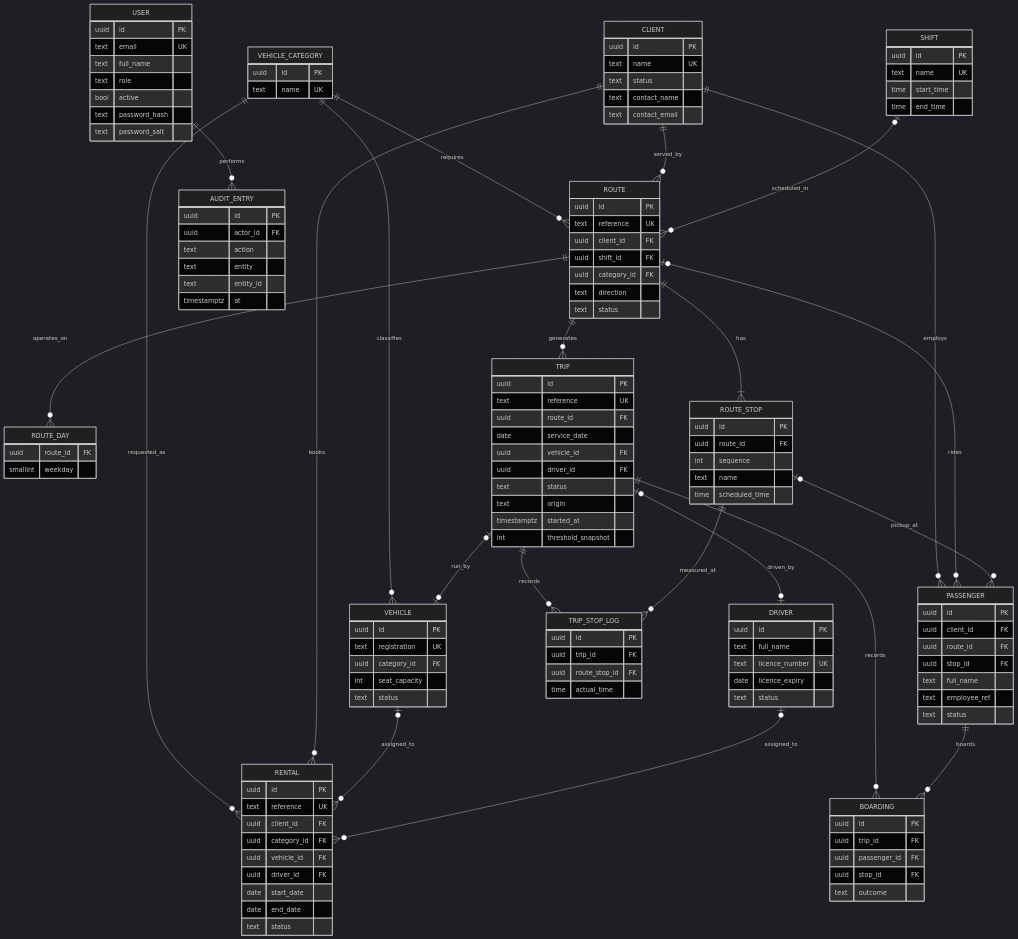
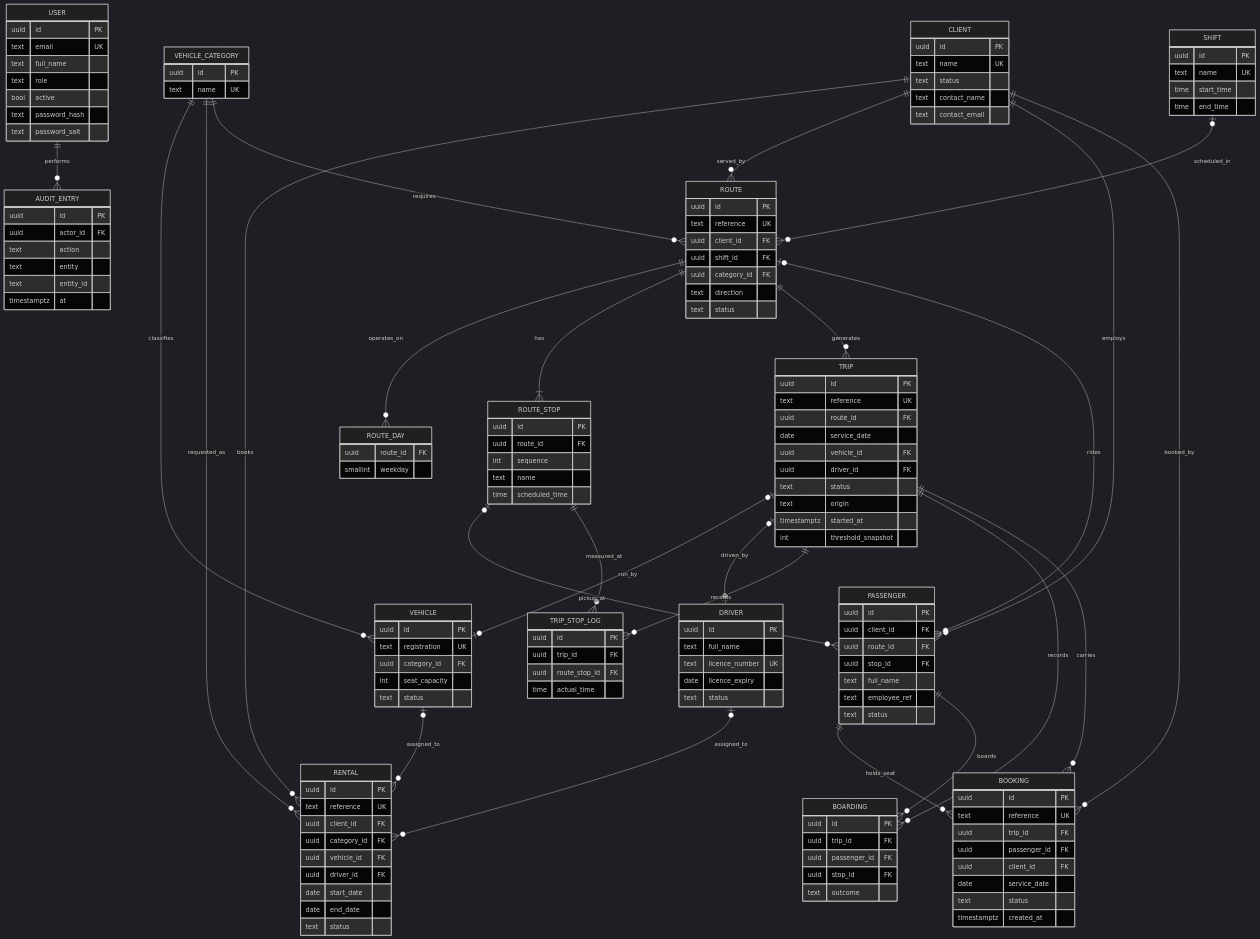
One commit to iwani1/Richie-RTS- changed the first of 5 diagrams in docs/ERD.md. Above: the diagram before and after it, drawn with Mermaid (dark theme). The commit also changed other lines of this file and 35 other files, not shown here.

````diff
--- a/docs/ERD.md
+++ b/docs/ERD.md
@@ -109,6 +109,16 @@
     uuid stop_id FK
     text outcome
   }
+  BOOKING {
+    uuid id PK
+    text reference UK
+    uuid trip_id FK
+    uuid passenger_id FK
+    uuid client_id FK
+    date service_date
+    text status
+    timestamptz created_at
+  }
   AUDIT_ENTRY {
     uuid id PK
     uuid actor_id FK
@@ -137,6 +147,9 @@
   TRIP ||--o{ TRIP_STOP_LOG : records
   ROUTE_STOP ||--o{ TRIP_STOP_LOG : measured_at
   TRIP ||--o{ BOARDING : records
+  TRIP ||--o{ BOOKING : carries
+  PASSENGER ||--o{ BOOKING : holds_seat
+  CLIENT ||--o{ BOOKING : booked_by
   PASSENGER ||--o{ BOARDING : boards
   USER ||--o{ AUDIT_ENTRY : performs
 ```
````
